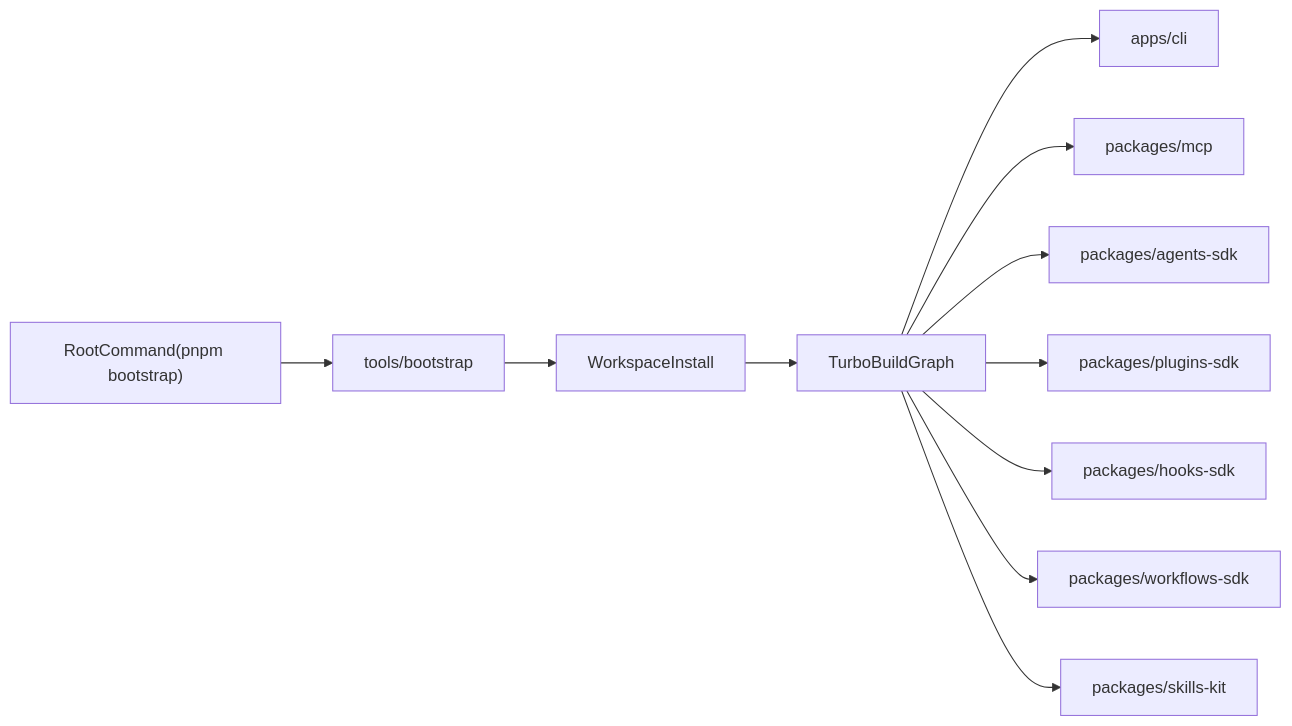
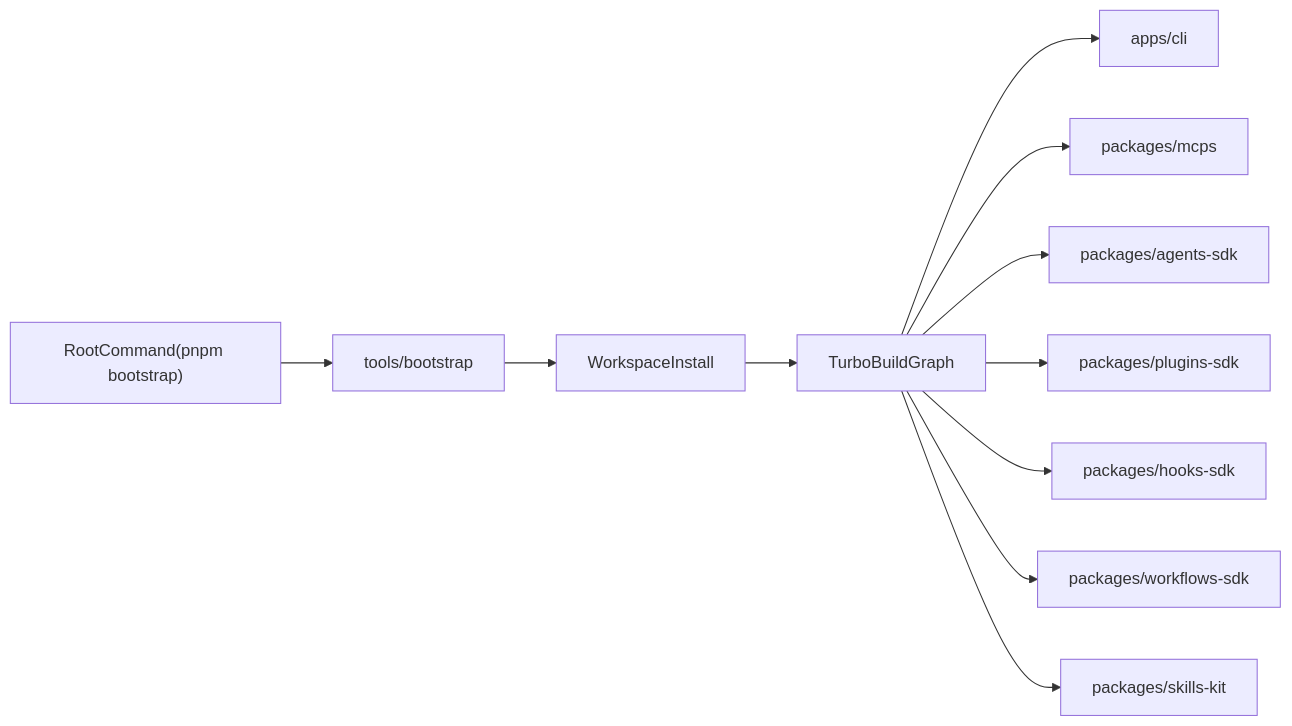
Before and after one commit to multiplex-ai/muggle-ai-works: the diagram in docs/muggle-ai-works-rename-and-monorepo-design.md, drawn with Mermaid. The commit also changed other lines of this file and 4 other files, not shown here.

First line of the commit message:
chore: update package references from mcp to mcps across configuration files

````diff
--- a/docs/muggle-ai-works-rename-and-monorepo-design.md
+++ b/docs/muggle-ai-works-rename-and-monorepo-design.md
@@ -155,13 +155,13 @@
 ```mermaid
 flowchart LR
     rootCmd["RootCommand(pnpm bootstrap)"] --> toolBootstrap["tools/bootstrap"]
     toolBootstrap --> workspaceInstall["WorkspaceInstall"]
     workspaceInstall --> buildGraph["TurboBuildGraph"]
     buildGraph --> appCli["apps/cli"]
-    buildGraph --> pkgMcp["packages/mcp"]
+    buildGraph --> pkgMcp["packages/mcps"]
     buildGraph --> pkgAgent["packages/agents-sdk"]
     buildGraph --> pkgPlugin["packages/plugins-sdk"]
     buildGraph --> pkgHook["packages/hooks-sdk"]
     buildGraph --> pkgWorkflow["packages/workflows-sdk"]
     buildGraph --> pkgSkill["packages/skills-kit"]
 ```
````
